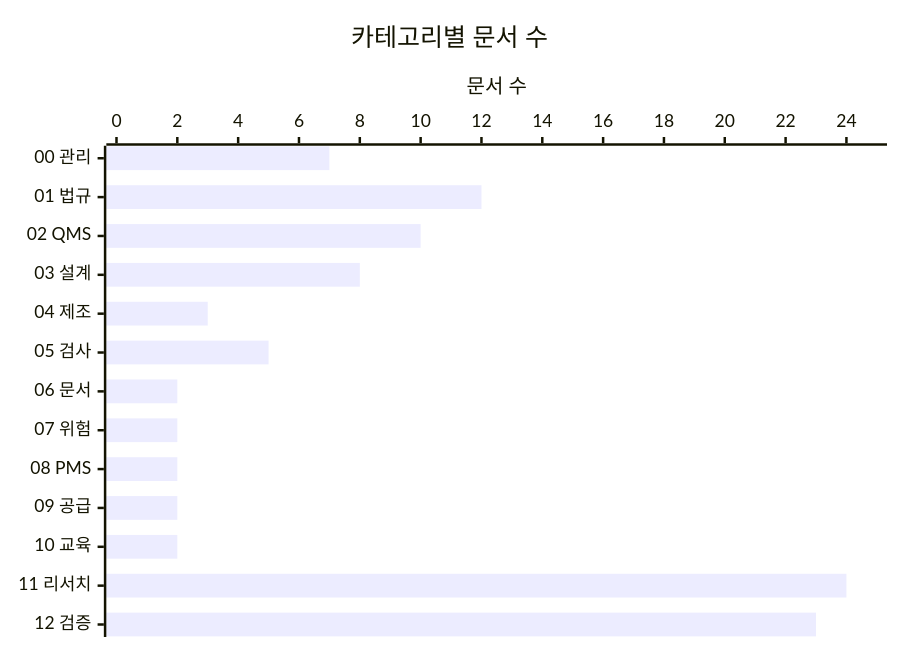
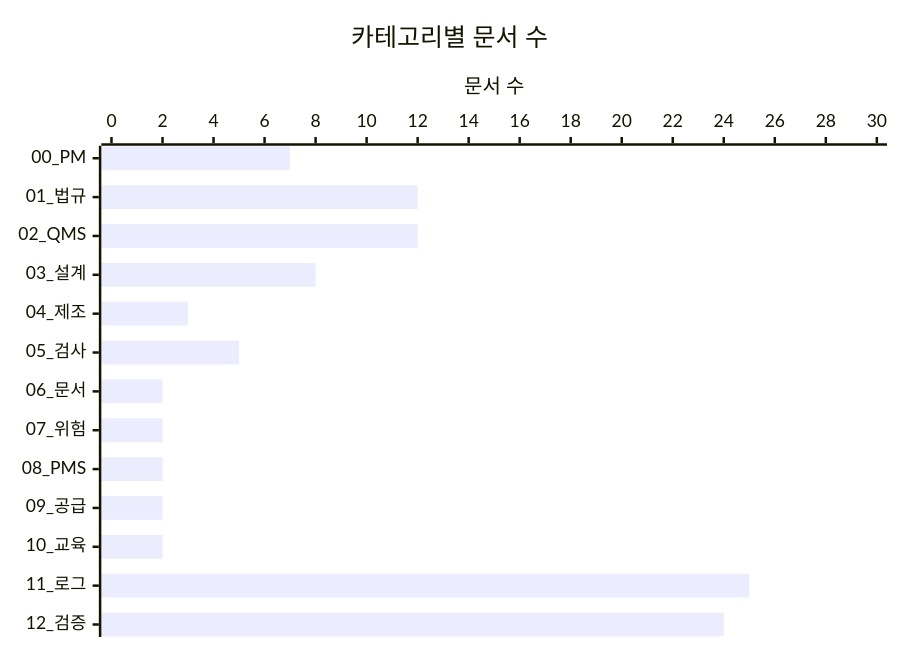
The second of 4 diagrams in README.md (holee9/MD-process), drawn with Mermaid before and after one commit. The commit also changed other lines of this file, not shown here.

````diff
--- a/README.md
+++ b/README.md
@@ -97,8 +98,8 @@
 ```mermaid
 %%{init: {"theme":"default"}}%%
 xychart-beta horizontal
     title "카테고리별 문서 수"
-    x-axis ["00 관리", "01 법규", "02 QMS", "03 설계", "04 제조", "05 검사", "06 문서", "07 위험", "08 PMS", "09 공급", "10 교육", "11 리서치", "12 검증"]
-    y-axis "문서 수" 0 --> 25
-    bar [7, 12, 10, 8, 3, 5, 2, 2, 2, 2, 2, 24, 23]
+    x-axis ["00_PM","01_법규","02_QMS","03_설계","04_제조","05_검사","06_문서","07_위험","08_PMS","09_공급","10_교육","11_로그","12_검증"]
+    y-axis "문서 수" 0 --> 30
+    bar [7,12,12,8,3,5,2,2,2,2,2,25,24]
 ```
````
